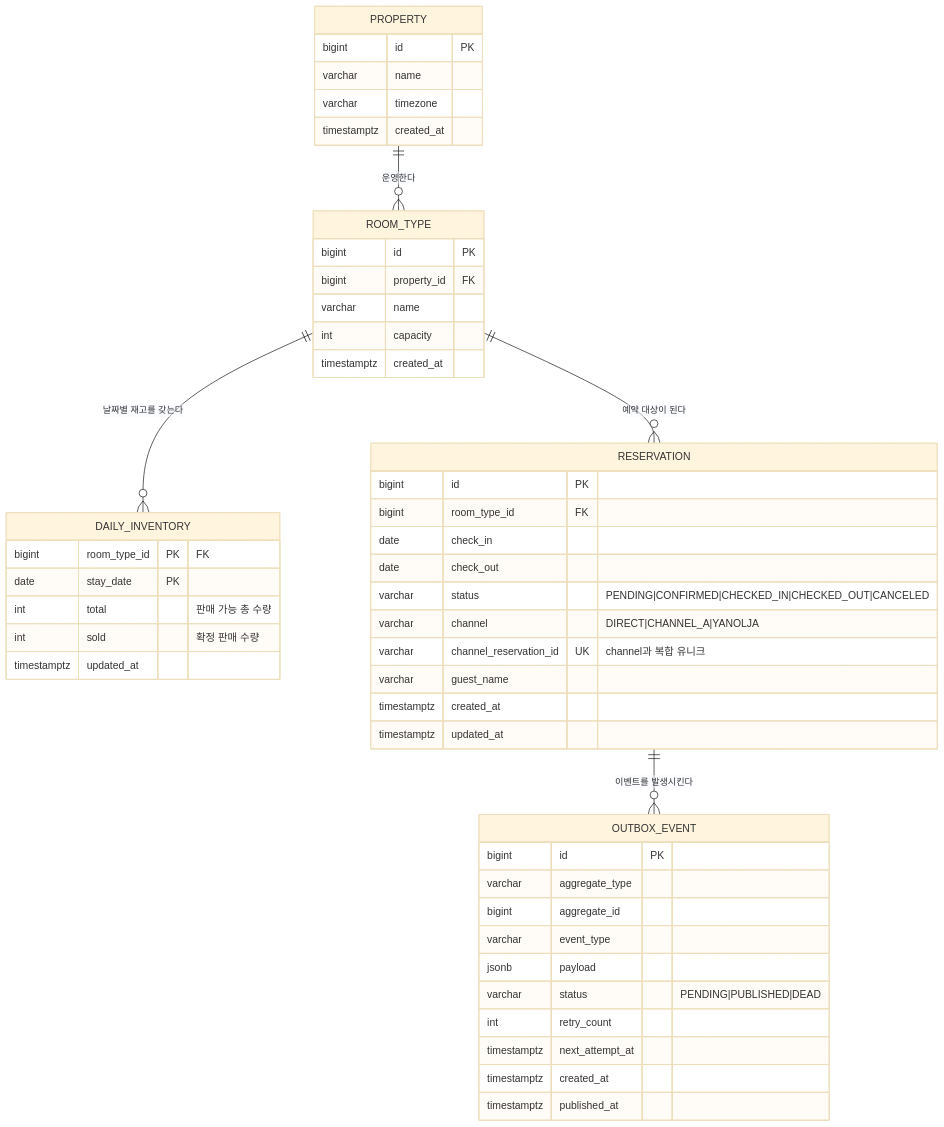
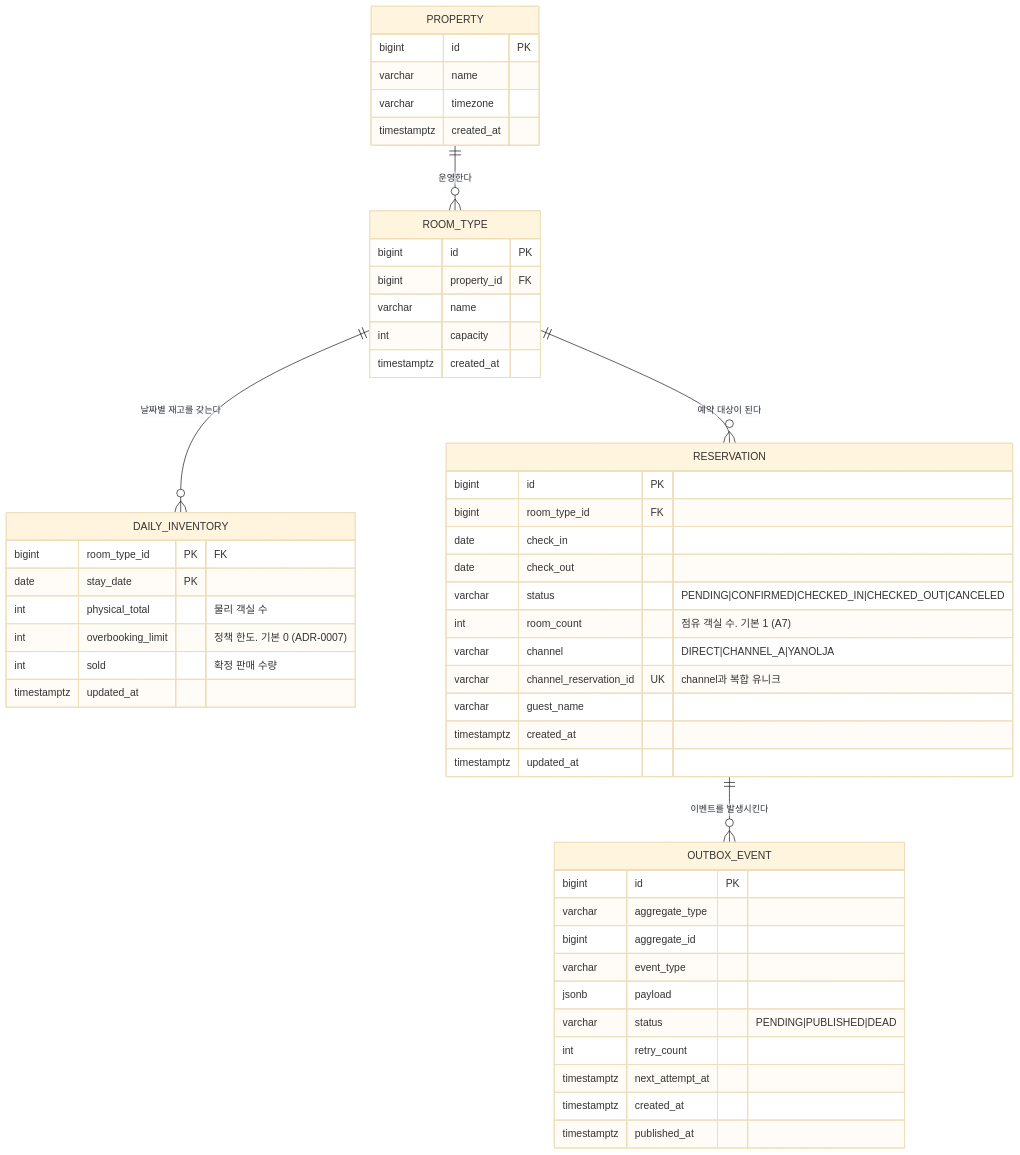
One commit to PreAgile/stay-inventory-sync changed the first of 2 diagrams in docs/01-domain-model.md. Above: the diagram before and after it, drawn with Mermaid (base theme). The commit also changed other lines of this file and 4 other files, not shown here.

First line of the commit message:
docs: ADR-0007 오버부킹 정책 · room_count 도입 — 차감 검사식의 두 항을 확정한다 (#34)

````diff
--- a/docs/01-domain-model.md
+++ b/docs/01-domain-model.md
@@ -5,56 +5,58 @@
 ```mermaid
 erDiagram
     PROPERTY ||--o{ ROOM_TYPE : "운영한다"
     ROOM_TYPE ||--o{ DAILY_INVENTORY : "날짜별 재고를 갖는다"
     ROOM_TYPE ||--o{ RESERVATION : "예약 대상이 된다"
     RESERVATION ||--o{ OUTBOX_EVENT : "이벤트를 발생시킨다"
 
     PROPERTY {
         bigint   id PK
         varchar  name
         varchar  timezone
         timestamptz created_at
     }
 
     ROOM_TYPE {
         bigint   id PK
         bigint   property_id FK
         varchar  name
         int      capacity
         timestamptz created_at
     }
 
     DAILY_INVENTORY {
         bigint   room_type_id PK "FK"
         date     stay_date    PK
-        int      total        "판매 가능 총 수량"
-        int      sold         "확정 판매 수량"
+        int      physical_total    "물리 객실 수"
+        int      overbooking_limit "정책 한도. 기본 0 (ADR-0007)"
+        int      sold              "확정 판매 수량"
         timestamptz updated_at
     }
 
     RESERVATION {
         bigint   id PK
         bigint   room_type_id FK
         date     check_in
         date     check_out
         varchar  status       "PENDING|CONFIRMED|CHECKED_IN|CHECKED_OUT|CANCELED"
+        int      room_count   "점유 객실 수. 기본 1 (A7)"
         varchar  channel      "DIRECT|CHANNEL_A|YANOLJA"
         varchar  channel_reservation_id UK "channel과 복합 유니크"
         varchar  guest_name
         timestamptz created_at
         timestamptz updated_at
     }
 
     OUTBOX_EVENT {
         bigint   id PK
         varchar  aggregate_type
         bigint   aggregate_id
         varchar  event_type
         jsonb    payload
         varchar  status       "PENDING|PUBLISHED|DEAD"
         int      retry_count
         timestamptz next_attempt_at
         timestamptz created_at
         timestamptz published_at
     }
 ```
````
